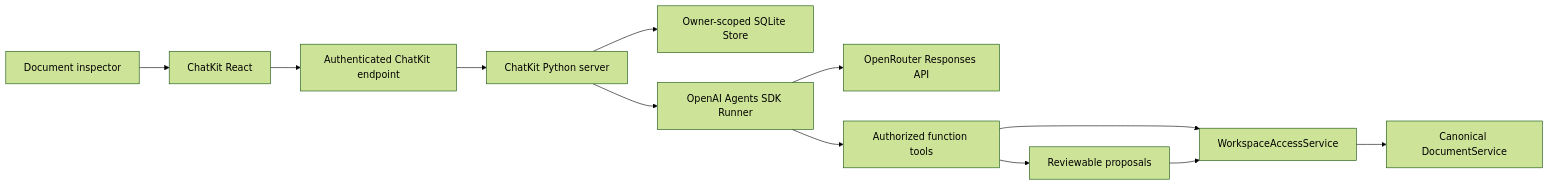
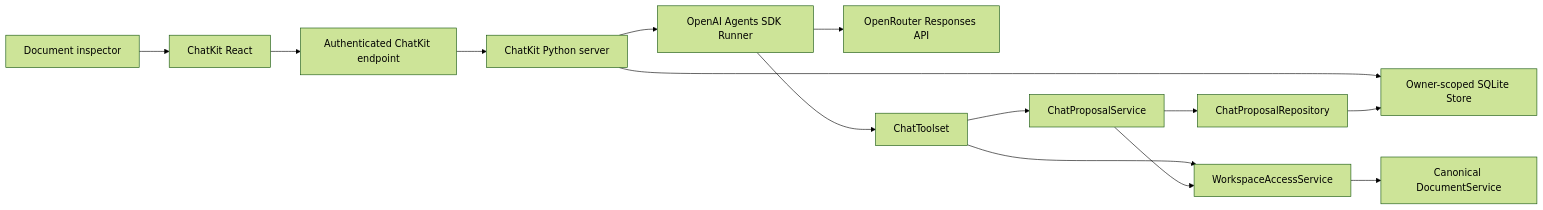
One commit to jayshah5696/sangam changed the diagram in docs/PHASE_7.md. Above: the diagram before and after it, drawn with Mermaid (forest theme). The commit also changed other lines of this file and 17 other files, not shown here.

Commit message:
Refactor chat services and harden proposal apply recovery

````diff
--- a/docs/PHASE_7.md
+++ b/docs/PHASE_7.md
@@ -24,14 +24,16 @@
 ```mermaid
 flowchart LR
     React["Document inspector"] --> ChatKitJS["ChatKit React"]
     ChatKitJS --> Endpoint["Authenticated ChatKit endpoint"]
     Endpoint --> ChatKitPy["ChatKit Python server"]
     ChatKitPy --> Store["Owner-scoped SQLite Store"]
     ChatKitPy --> Runner["OpenAI Agents SDK Runner"]
     Runner --> Router["OpenRouter Responses API"]
-    Runner --> Tools["Authorized function tools"]
+    Runner --> Tools["ChatToolset"]
     Tools --> Access["WorkspaceAccessService"]
     Access --> Documents["Canonical DocumentService"]
-    Tools --> Proposals["Reviewable proposals"]
-    Proposals --> Access
+    Tools --> ProposalService["ChatProposalService"]
+    ProposalService --> ProposalRepository["ChatProposalRepository"]
+    ProposalRepository --> Store
+    ProposalService --> Access
 ```
````
